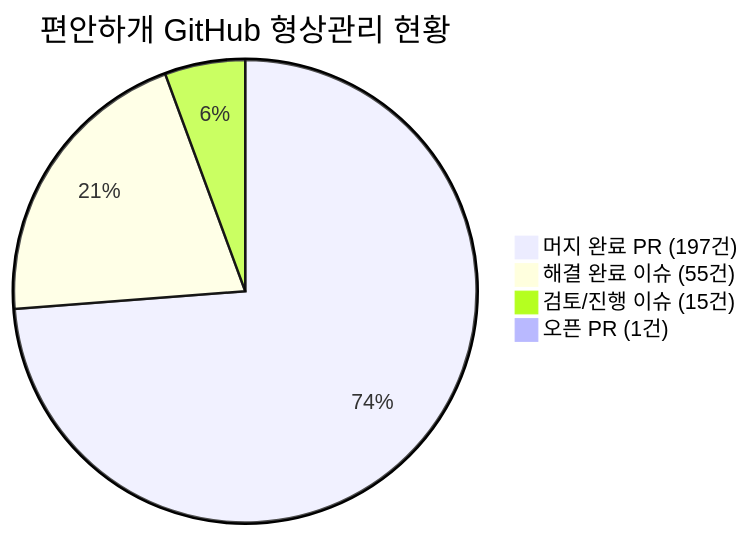
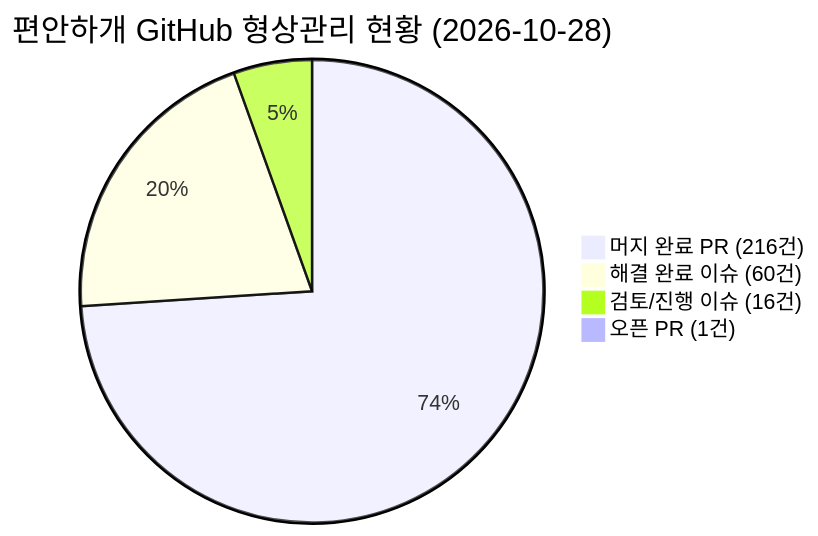
Before and after one commit to haru2014/pet_walk_t01: the second of 2 diagrams in docs/11_편안하개_사용자스토리_기반_시험결과보고서.md, drawn with Mermaid. The commit also changed other lines of this file and 2 other files, not shown here.

````diff
--- a/docs/11_편안하개_사용자스토리_기반_시험결과보고서.md
+++ b/docs/11_편안하개_사용자스토리_기반_시험결과보고서.md
@@ -86,7 +87,7 @@
 ```mermaid
-pie title 편안하개 GitHub 형상관리 현황
-    "머지 완료 PR (197건)" : 197
-    "해결 완료 이슈 (55건)" : 55
-    "검토/진행 이슈 (15건)" : 15
+pie title 편안하개 GitHub 형상관리 현황 (2026-10-28)
+    "머지 완료 PR (216건)" : 216
+    "해결 완료 이슈 (60건)" : 60
+    "검토/진행 이슈 (16건)" : 16
     "오픈 PR (1건)" : 1
 ```
````
